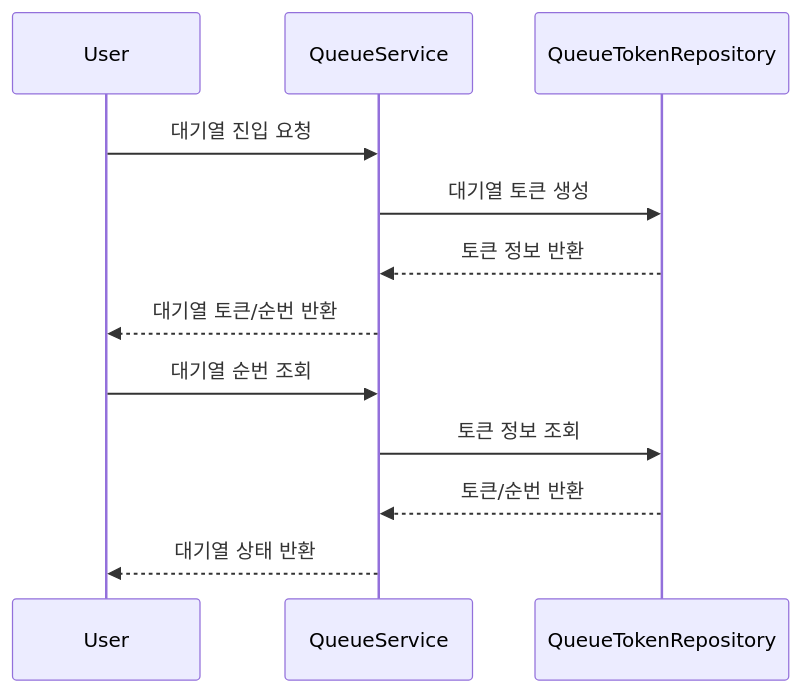
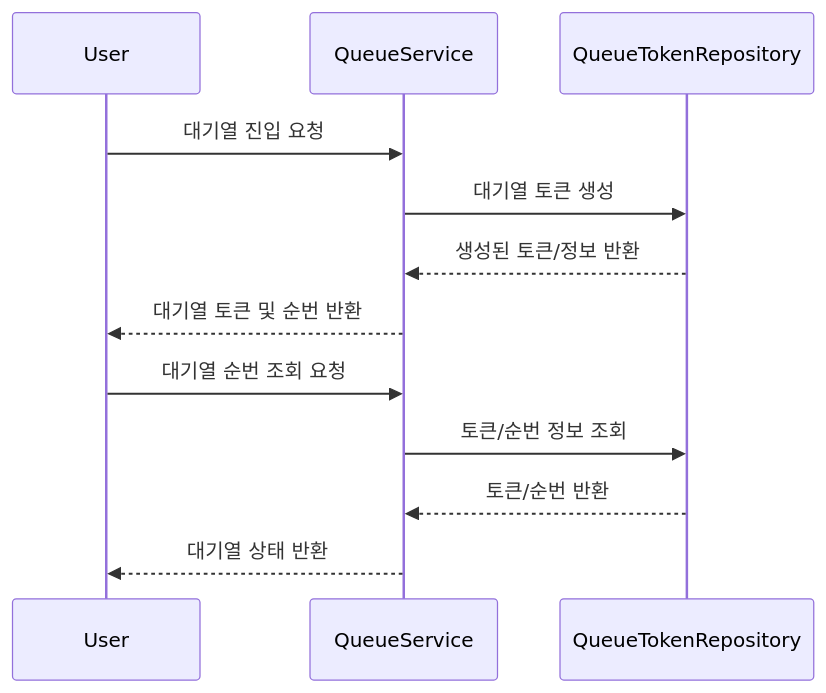
Before and after one commit to minu-study/ticketing-platform: the third of 8 diagrams in README.md, drawn with Mermaid. The commit also changed other lines of this file, not shown here.

Commit message:
docs: 요구사항 분석에 따라 다이어그램 수정

````diff
--- a/README.md
+++ b/README.md
@@ -260,16 +302,16 @@
 ```mermaid
 sequenceDiagram
     participant User
     participant QueueService
     participant QueueTokenRepository
 
     User->>QueueService: 대기열 진입 요청
     QueueService->>QueueTokenRepository: 대기열 토큰 생성
-    QueueTokenRepository-->>QueueService: 토큰 정보 반환
-    QueueService-->>User: 대기열 토큰/순번 반환
+    QueueTokenRepository-->>QueueService: 생성된 토큰/정보 반환
+    QueueService-->>User: 대기열 토큰 및 순번 반환
 
-    User->>QueueService: 대기열 순번 조회
-    QueueService->>QueueTokenRepository: 토큰 정보 조회
+    User->>QueueService: 대기열 순번 조회 요청
+    QueueService->>QueueTokenRepository: 토큰/순번 정보 조회
     QueueTokenRepository-->>QueueService: 토큰/순번 반환
     QueueService-->>User: 대기열 상태 반환
 ```
````
